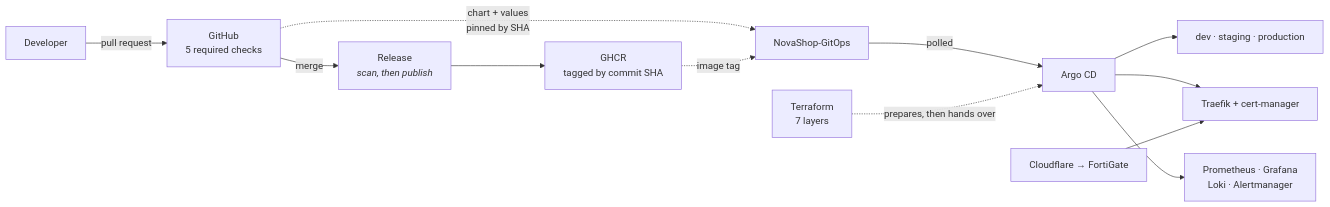
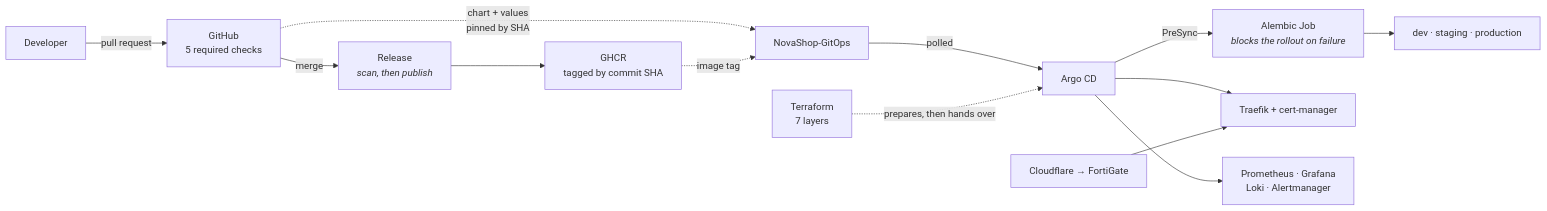
Before and after one commit to nguyenlpn2015/NovaShop: the diagram in README.md, drawn with Mermaid. The commit also changed other lines of this file and 1 other file, not shown here.

````diff
--- a/README.md
+++ b/README.md
@@ -105,14 +106,15 @@
 ```mermaid
 flowchart LR
     DEV["Developer"] -->|"pull request"| GH["GitHub<br/>5 required checks"]
     GH -->|"merge"| REL["Release<br/><i>scan, then publish</i>"]
     REL --> GHCR["GHCR<br/>tagged by commit SHA"]
     GH -.->|"chart + values<br/>pinned by SHA"| GOPS["NovaShop-GitOps"]
     GHCR -.->|"image tag"| GOPS
     GOPS -->|"polled"| ARGO["Argo CD"]
-    ARGO --> APPS["dev · staging · production"]
+    ARGO -->|"PreSync"| MIG["Alembic Job<br/><i>blocks the rollout on failure</i>"]
+    MIG --> APPS["dev · staging · production"]
     ARGO --> EDGE["Traefik + cert-manager"]
     ARGO --> OBS["Prometheus · Grafana<br/>Loki · Alertmanager"]
     TF["Terraform<br/>7 layers"] -.->|"prepares, then hands over"| ARGO
     NET["Cloudflare → FortiGate"] --> EDGE
 ```
````
